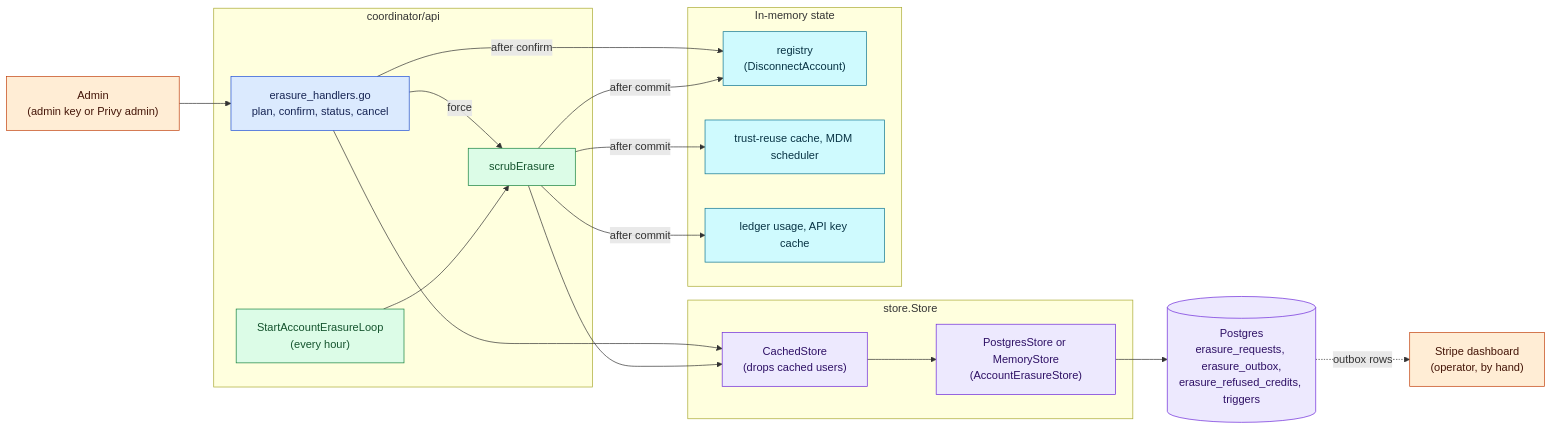
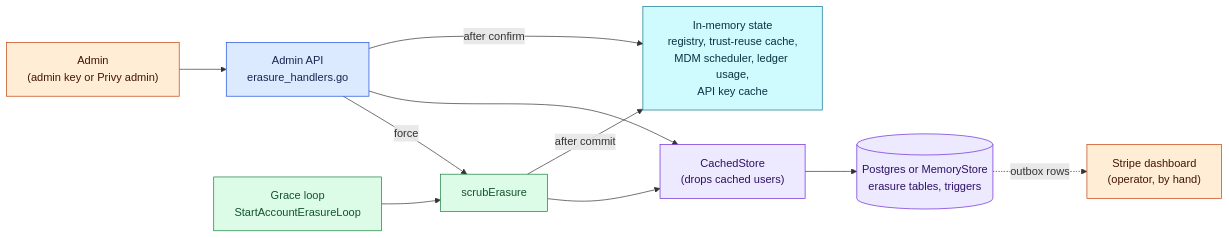
The first of 3 diagrams in docs/architecture/account-erasure.md (Layr-Labs/d-inference), drawn with Mermaid before and after one commit. The commit also changed other lines of this file, not shown here.

Commit message:
Simplify the account erasure diagrams for GitHub's renderer
GitHub laid out the component diagram with crossing edges and drew the
"plan again" self-loop label over the confirm label. Merge the in-memory
caches into one node and drop the self-loop; the state table already
says that a new plan replaces the token.

````diff
--- a/docs/architecture/account-erasure.md
+++ b/docs/architecture/account-erasure.md
@@ -37,38 +37,18 @@
 ```mermaid
 flowchart LR
   classDef api fill:#dbeafe,stroke:#1d4ed8,color:#172554
   classDef loop fill:#dcfce7,stroke:#15803d,color:#14532d
   classDef store fill:#ede9fe,stroke:#6d28d9,color:#2e1065
   classDef mem fill:#cffafe,stroke:#0e7490,color:#083344
   classDef ext fill:#ffedd5,stroke:#c2410c,color:#431407
 
-  A["Admin<br/>(admin key or Privy admin)"]:::ext
-  subgraph API["coordinator/api"]
-    H["erasure_handlers.go<br/>plan, confirm, status, cancel"]:::api
-    L["StartAccountErasureLoop<br/>(every hour)"]:::loop
-    X["scrubErasure"]:::loop
-  end
-  subgraph ST["store.Store"]
-    C["CachedStore<br/>(drops cached users)"]:::store
-    P["PostgresStore or MemoryStore<br/>(AccountErasureStore)"]:::store
-  end
-  DB[("Postgres<br/>erasure_requests, erasure_outbox,<br/>erasure_refused_credits, triggers")]:::store
-  subgraph MEM["In-memory state"]
-    R["registry<br/>(DisconnectAccount)"]:::mem
-    T["trust-reuse cache, MDM scheduler"]:::mem
-    G["ledger usage, API key cache"]:::mem
-  end
-  S["Stripe dashboard<br/>(operator, by hand)"]:::ext
-
-  A --> H
-  H --> C
+  A["Admin<br/>(admin key or Privy admin)"]:::ext --> H["Admin API<br/>erasure_handlers.go"]:::api
+  L["Grace loop<br/>StartAccountErasureLoop"]:::loop --> X["scrubErasure"]:::loop
   H -- "force" --> X
-  L --> X
+  H --> C["CachedStore<br/>(drops cached users)"]:::store
   X --> C
-  C --> P --> DB
-  H -- "after confirm" --> R
-  X -- "after commit" --> R
-  X -- "after commit" --> T
-  X -- "after commit" --> G
-  DB -. "outbox rows" .-> S
+  C --> DB[("Postgres or MemoryStore<br/>erasure tables, triggers")]:::store
+  H -- "after confirm" --> M["In-memory state<br/>registry, trust-reuse cache,<br/>MDM scheduler, ledger usage,<br/>API key cache"]:::mem
+  X -- "after commit" --> M
+  DB -. "outbox rows" .-> S["Stripe dashboard<br/>(operator, by hand)"]:::ext
 ```
````
